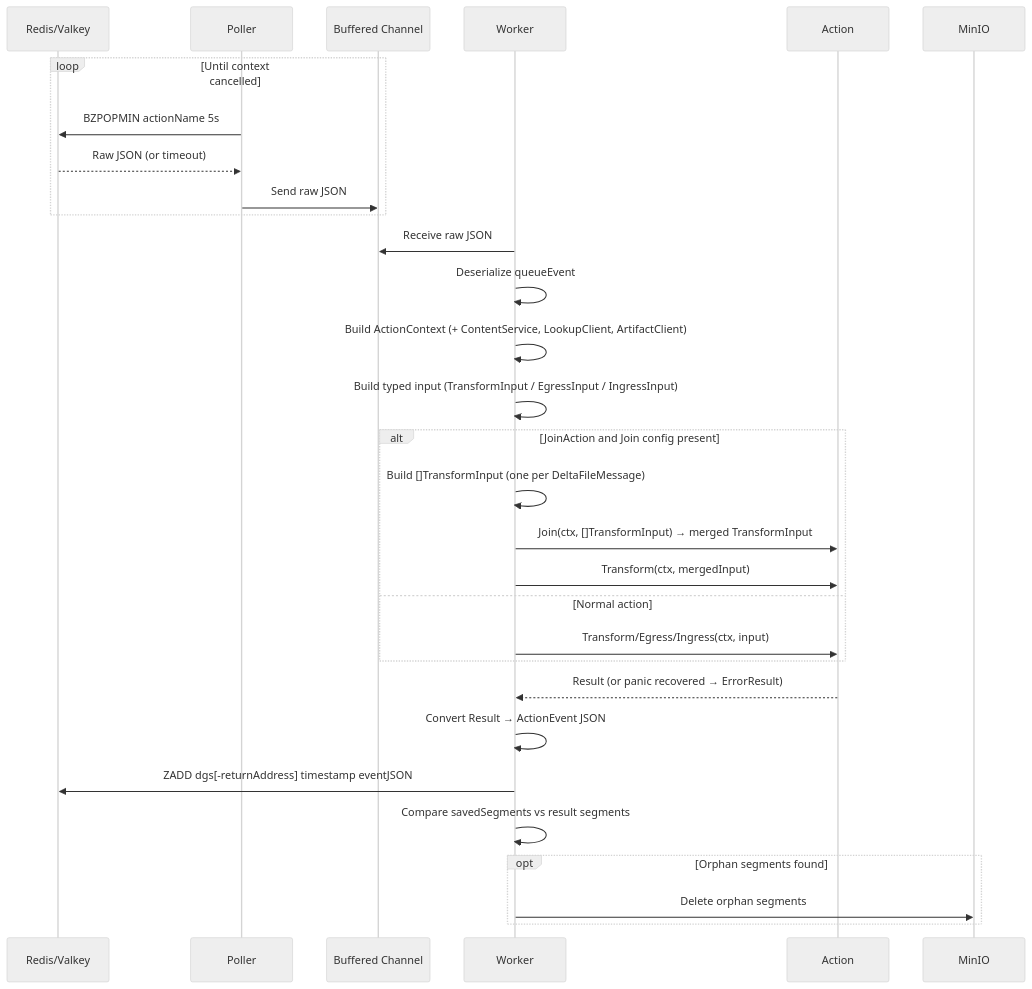
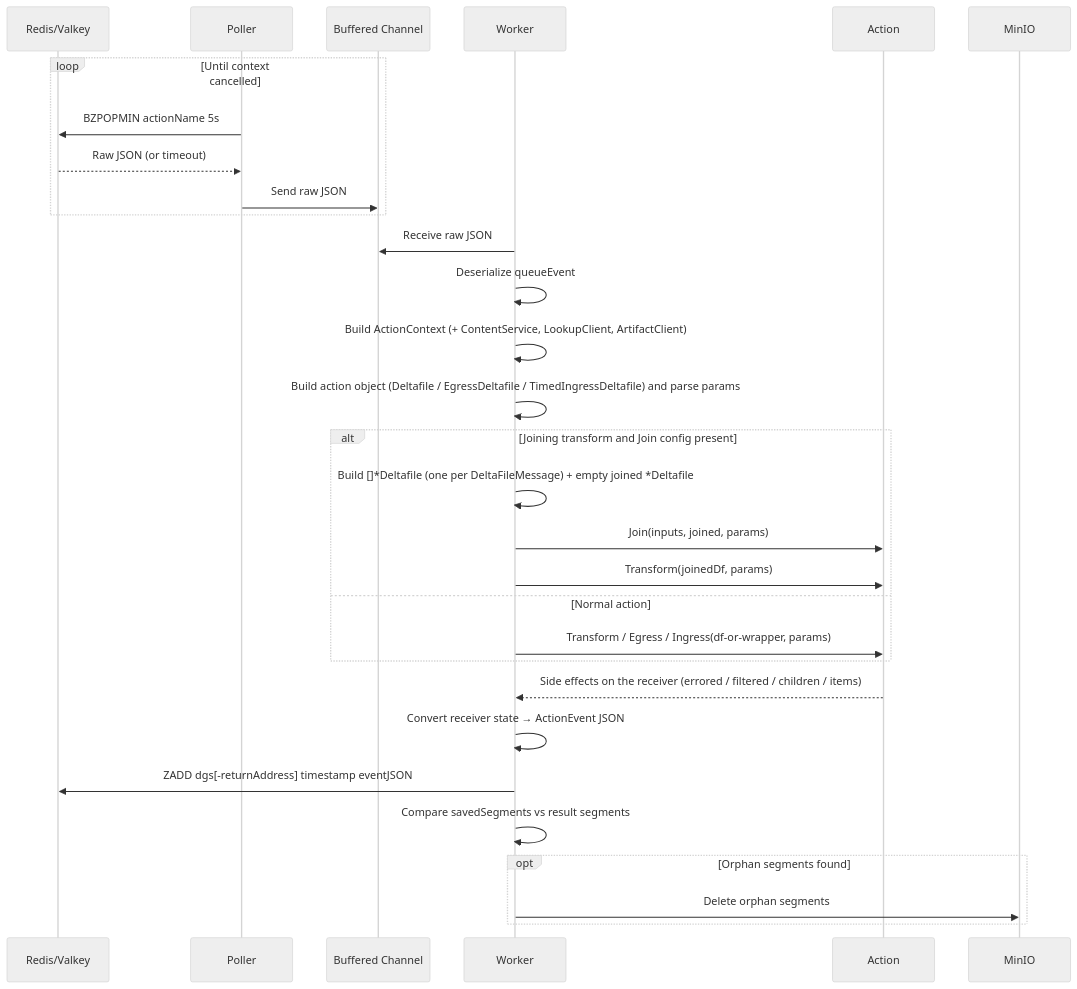
The third of 3 diagrams in deltafi-go-action-kit/DESIGN.md (deltafi/deltafi), drawn with Mermaid (neutral theme) before and after one commit. The commit also changed other lines of this file and 103 other files, not shown here.

````diff
--- a/deltafi-go-action-kit/DESIGN.md
+++ b/deltafi-go-action-kit/DESIGN.md
@@ -242,38 +252,38 @@
 ```mermaid
 sequenceDiagram
     participant Redis as Redis/Valkey
     participant Poller
     participant Channel as Buffered Channel
     participant Worker
     participant Action
     participant MinIO
 
     loop Until context cancelled
         Poller->>Redis: BZPOPMIN actionName 5s
         Redis-->>Poller: Raw JSON (or timeout)
         Poller->>Channel: Send raw JSON
     end
 
     Worker->>Channel: Receive raw JSON
     Worker->>Worker: Deserialize queueEvent
     Worker->>Worker: Build ActionContext (+ ContentService, LookupClient, ArtifactClient)
-    Worker->>Worker: Build typed input (TransformInput / EgressInput / IngressInput)
+    Worker->>Worker: Build action object (Deltafile / EgressDeltafile / TimedIngressDeltafile) and parse params
 
-    alt JoinAction and Join config present
-        Worker->>Worker: Build []TransformInput (one per DeltaFileMessage)
-        Worker->>Action: Join(ctx, []TransformInput) → merged TransformInput
-        Worker->>Action: Transform(ctx, mergedInput)
+    alt Joining transform and Join config present
+        Worker->>Worker: Build []*Deltafile (one per DeltaFileMessage) + empty joined *Deltafile
+        Worker->>Action: Join(inputs, joined, params)
+        Worker->>Action: Transform(joinedDf, params)
     else Normal action
-        Worker->>Action: Transform/Egress/Ingress(ctx, input)
+        Worker->>Action: Transform / Egress / Ingress(df-or-wrapper, params)
     end
 
-    Action-->>Worker: Result (or panic recovered → ErrorResult)
-    Worker->>Worker: Convert Result → ActionEvent JSON
+    Action-->>Worker: Side effects on the receiver (errored / filtered / children / items)
+    Worker->>Worker: Convert receiver state → ActionEvent JSON
 
     Worker->>Redis: ZADD dgs[-returnAddress] timestamp eventJSON
 
     Worker->>Worker: Compare savedSegments vs result segments
     opt Orphan segments found
         Worker->>MinIO: Delete orphan segments
     end
 ```
````
